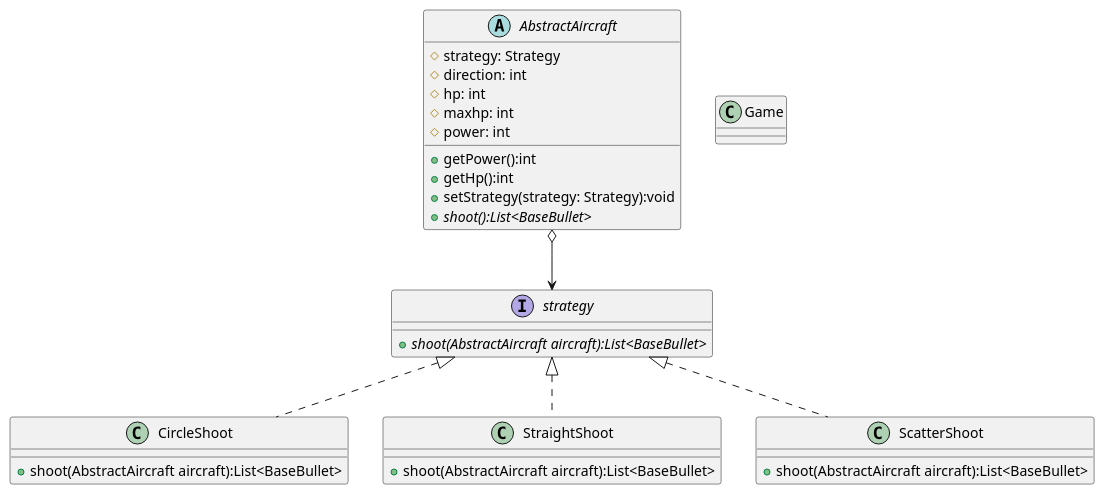
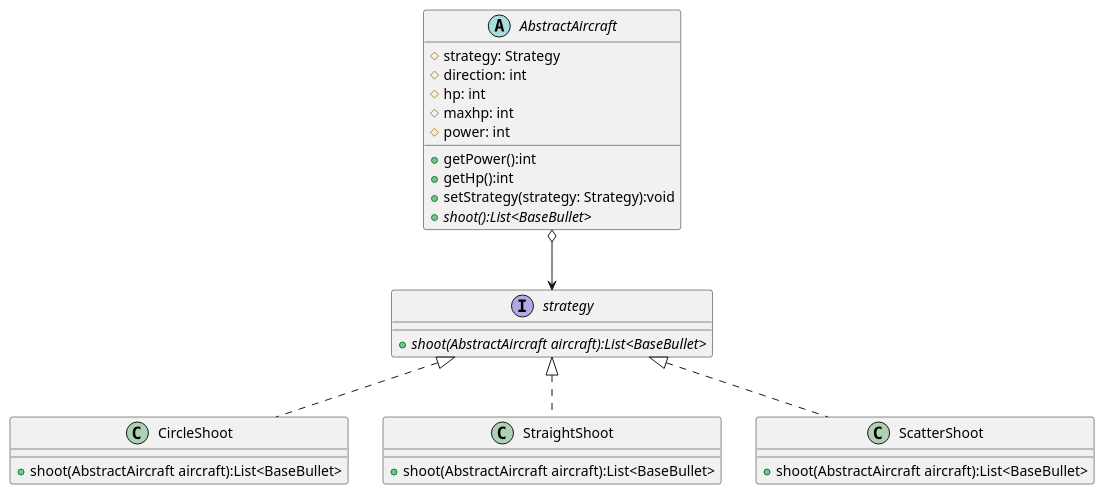
The diagram in uml/StrategyMode.puml (orchideous1/AircraftWar), drawn with PlantUML before and after one commit. The commit also changed 39 other files, not shown here.

```diff
--- a/uml/StrategyMode.puml
+++ b/uml/StrategyMode.puml
@@ -1,45 +1,43 @@
 @startuml
 interface strategy
 {
     + {abstract} shoot(AbstractAircraft aircraft):List<BaseBullet>
 }
 
 class CircleShoot
 {
     + shoot(AbstractAircraft aircraft):List<BaseBullet>
 }
 
 class StraightShoot
 {
     + shoot(AbstractAircraft aircraft):List<BaseBullet>
 }
 
 class ScatterShoot
 {
     + shoot(AbstractAircraft aircraft):List<BaseBullet>
 }
 
 strategy <|.. CircleShoot
 strategy <|.. StraightShoot
 strategy <|.. ScatterShoot
 
 abstract class AbstractAircraft
 {
     # strategy: Strategy
     # direction: int
     # hp: int
     # maxhp: int
     # power: int
     + getPower():int
     + getHp():int
     + setStrategy(strategy: Strategy):void
     + {abstract} shoot():List<BaseBullet>
 }
 
 AbstractAircraft o--> strategy
 
-class Game{
 
-}
 
 @enduml
```
